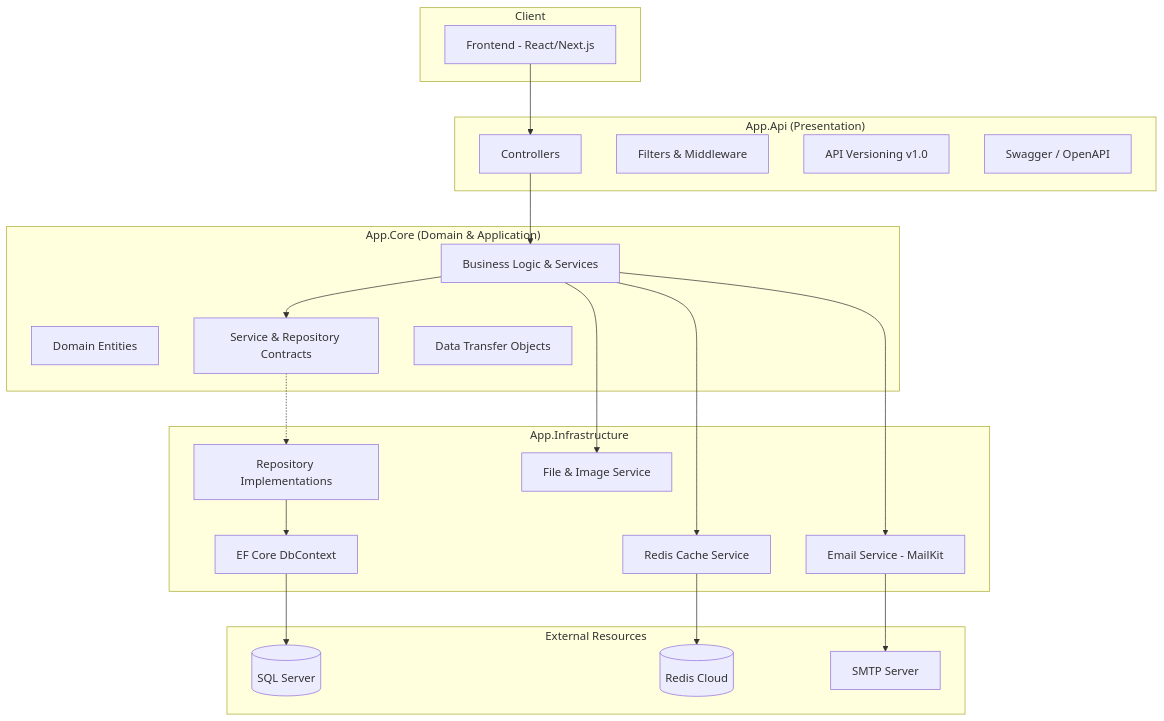
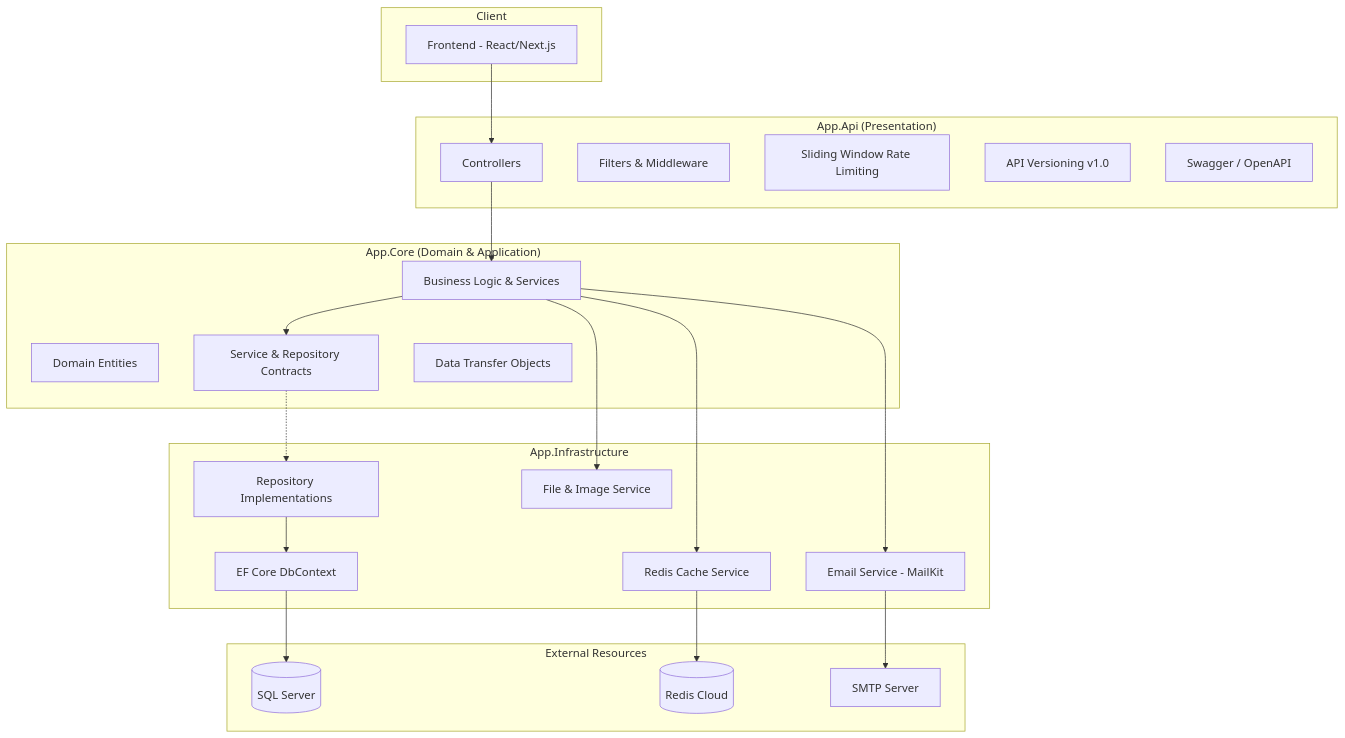
Before and after one commit to Youssef-M-Salama/app-api: the diagram in README.md, drawn with Mermaid. The commit also changed other lines of this file and 2 other files, not shown here.

````diff
--- a/README.md
+++ b/README.md
@@ -18,46 +18,47 @@
 ```mermaid
 graph TD
     subgraph Client
         FE[Frontend - React/Next.js]
     end
 
     subgraph API_Layer ["App.Api (Presentation)"]
         Controllers[Controllers]
         Filters[Filters & Middleware]
+        RateLimiting[Sliding Window Rate Limiting]
         Versioning[API Versioning v1.0]
         Swagger[Swagger / OpenAPI]
     end
 
     subgraph Core_Layer ["App.Core (Domain & Application)"]
         Entities[Domain Entities]
         Interfaces[Service & Repository Contracts]
         DTOs[Data Transfer Objects]
         DomainServices[Business Logic & Services]
     end
 
     subgraph Infrastructure_Layer ["App.Infrastructure"]
         DBContext[EF Core DbContext]
         Repos[Repository Implementations]
         Cache[Redis Cache Service]
         Mailing[Email Service - MailKit]
         Storage[File & Image Service]
     end
 
     subgraph External_Services ["External Resources"]
         SQL[(SQL Server)]
         RedisCloud[(Redis Cloud)]
         SMTP[SMTP Server]
     end
 
     FE --> Controllers
     Controllers --> DomainServices
     DomainServices --> Interfaces
     Interfaces -.-> Repos
     Repos --> DBContext
     DBContext --> SQL
     DomainServices --> Cache
     Cache --> RedisCloud
     DomainServices --> Mailing
     Mailing --> SMTP
     DomainServices --> Storage
 ```
````
